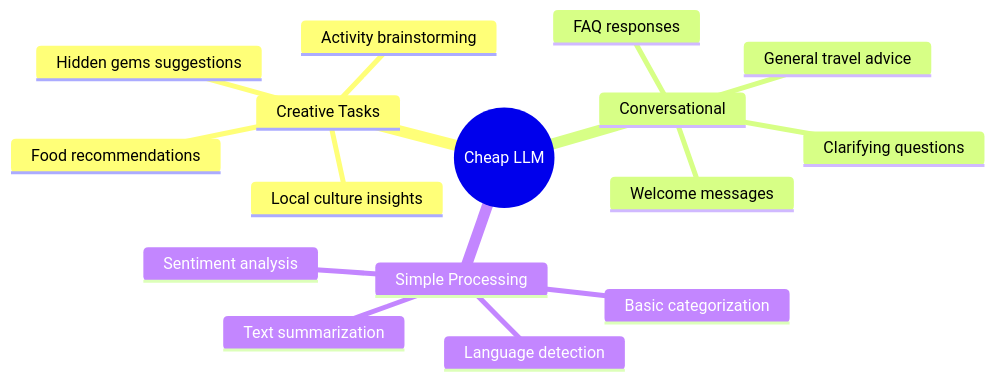
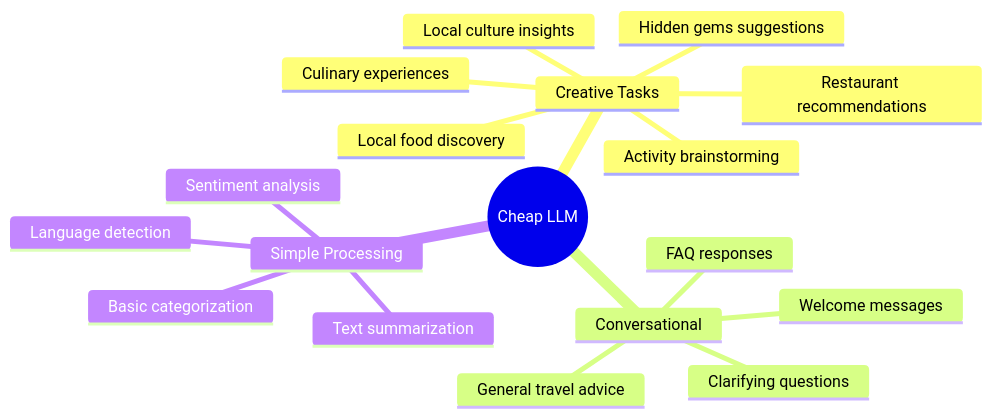
Before and after one commit to vietlinhh02/diagramtravels: the second of 9 diagrams in 03_ai_orchestration.md, drawn with Mermaid. The commit also changed other lines of this file and 5 other files, not shown here.

````diff
--- a/03_ai_orchestration.md
+++ b/03_ai_orchestration.md
@@ -73,19 +73,21 @@
 ```mermaid
 mindmap
   root((Cheap LLM))
     Creative Tasks
       Activity brainstorming
       Local culture insights
-      Food recommendations
+      Restaurant recommendations
+      Local food discovery
+      Culinary experiences
       Hidden gems suggestions
     Conversational
       Welcome messages
       Clarifying questions
       General travel advice
       FAQ responses
     Simple Processing
       Text summarization
       Basic categorization
       Sentiment analysis
       Language detection
 ```
````
